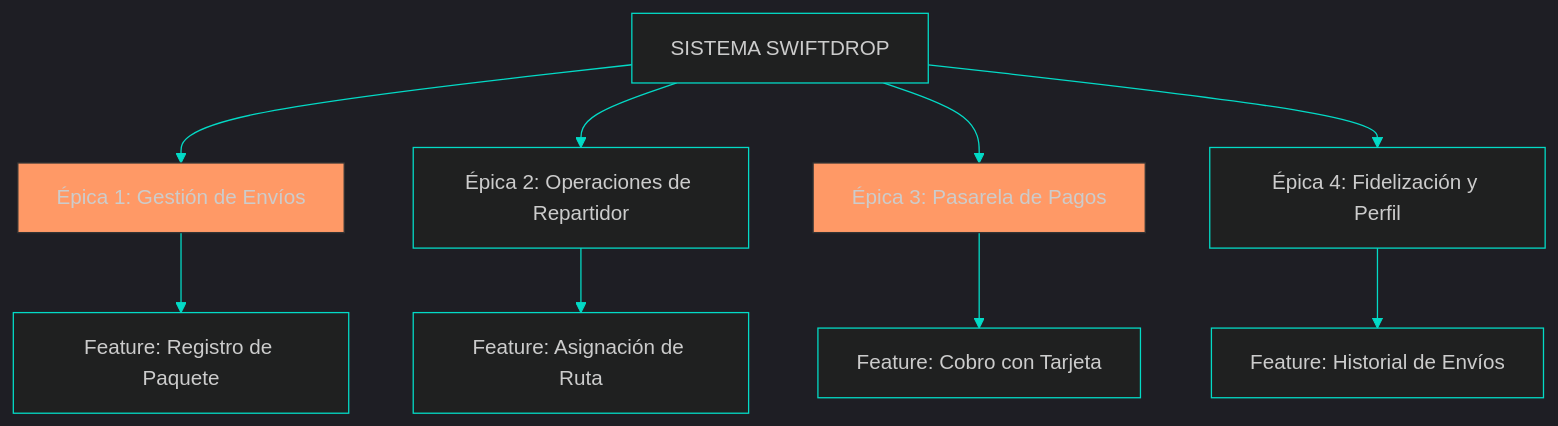
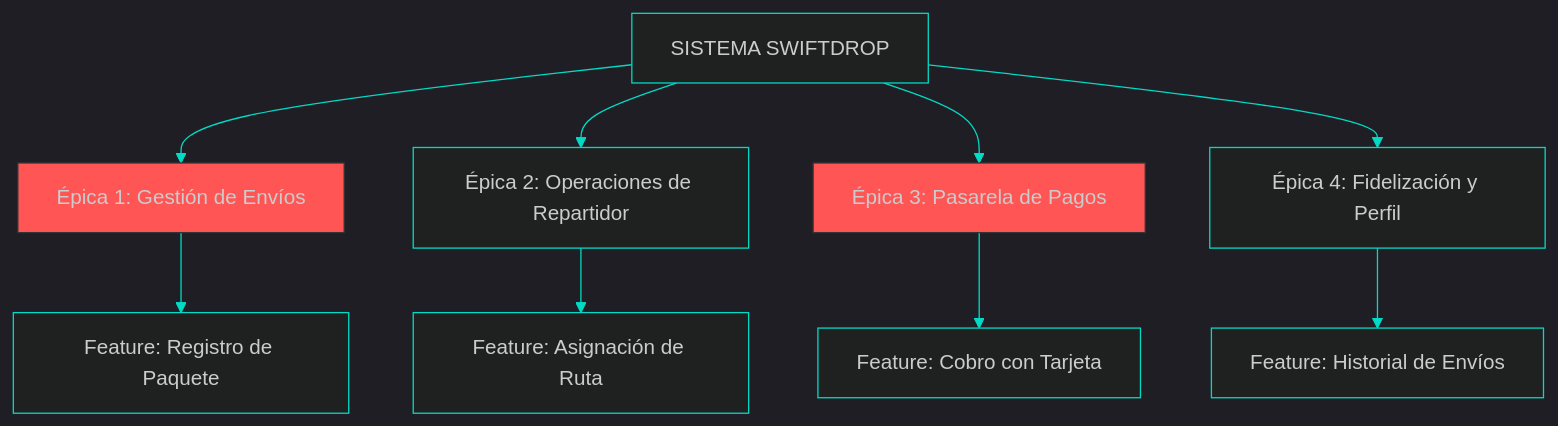
The second of 4 diagrams in is-702-ads/unidad-1/5.md (ConsSorto/ConsSorto.github.io), drawn with Mermaid before and after one commit. The commit also changed other lines of this file, not shown here.

Commit message:
feat: ejemplos tema 4

````diff
--- a/is-702-ads/unidad-1/5.md
+++ b/is-702-ads/unidad-1/5.md
@@ -64,16 +64,16 @@
 ```mermaid
 %%{init: {'theme': 'dark', 'themeVariables': { 'lineColor': '#03DAC6', 'primaryColor': '#018786', 'nodeBorder': '#03DAC6' }}}%%
 graph TD
     A[SISTEMA SWIFTDROP] --> B[Épica 1: Gestión de Envíos]
     A --> C[Épica 2: Operaciones de Repartidor]
     A --> D[Épica 3: Pasarela de Pagos]
     A --> E[Épica 4: Fidelización y Perfil]
     
     B --> B1[Feature: Registro de Paquete]
     C --> C1[Feature: Asignación de Ruta]
     D --> D1[Feature: Cobro con Tarjeta]
     E --> E1[Feature: Historial de Envíos]
     
-    style B fill:#f96,stroke:#333
-    style D fill:#f96,stroke:#333
+    style B fill:#f55,stroke:#333
+    style D fill:#f55,stroke:#333
 ```
````
